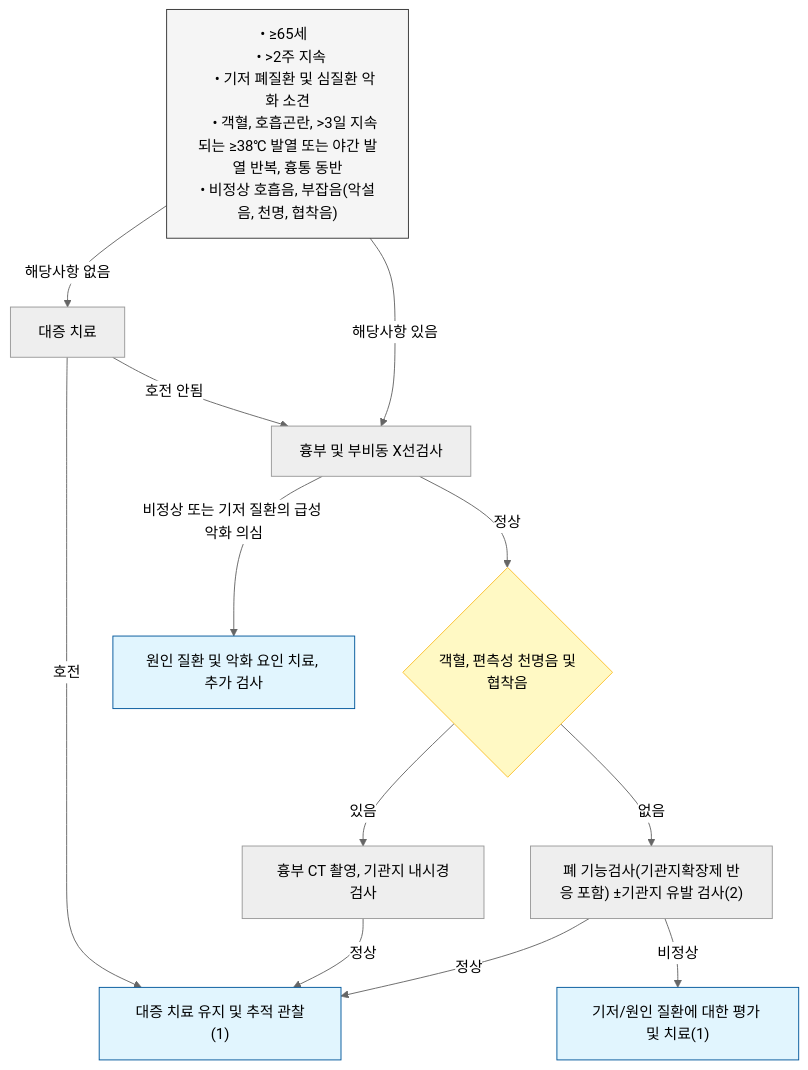
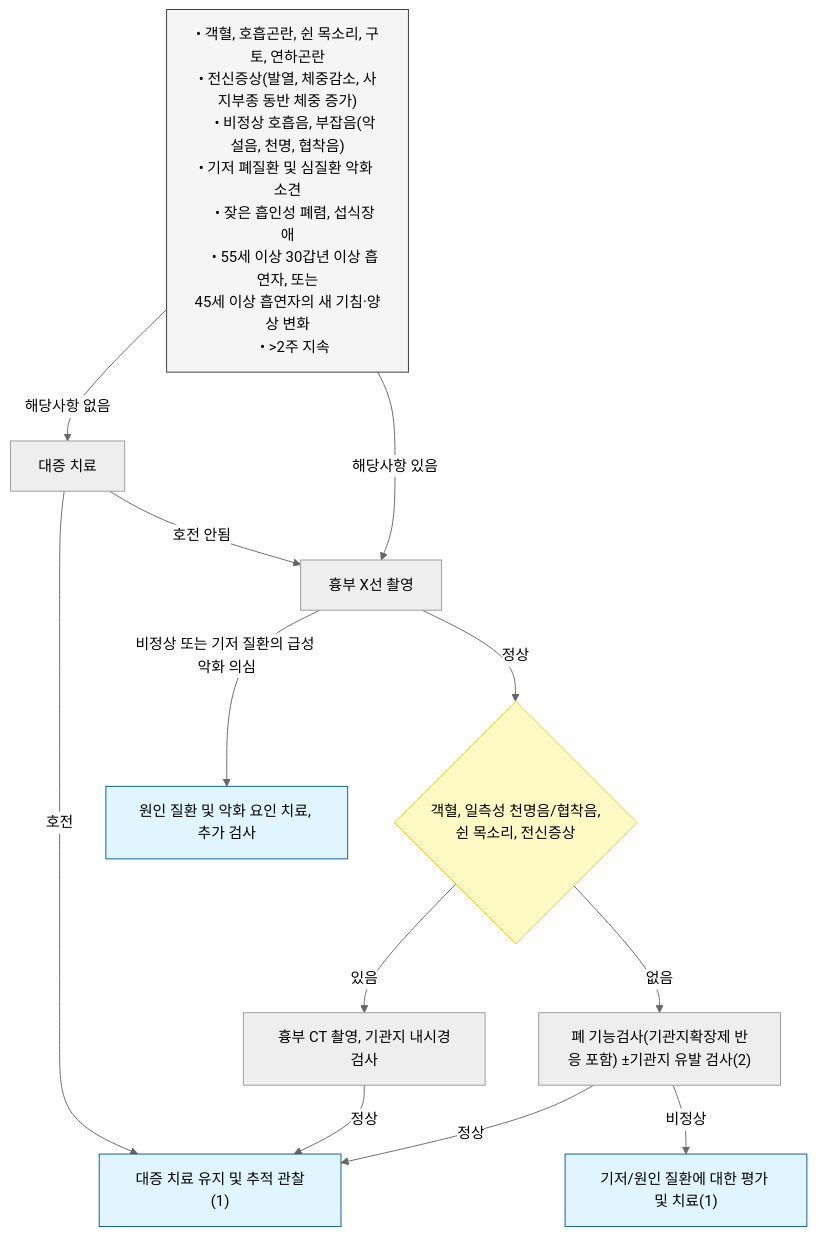
The first of 4 diagrams in 220_/006_-cough.md (familyoh77/familyoh77), drawn with Mermaid (neutral theme) before and after one commit. The commit also changed other lines of this file, not shown here.

````diff
--- a/220_/006_-cough.md
+++ b/220_/006_-cough.md
@@ -160,32 +170,33 @@
 ```mermaid
 graph TD
     %% 텍스트 양옆에 &emsp;를 추가하여 가로 길이를 강제로 늘립니다.
-    Start["• ≥65세  
-    • >2주 지속  
-    • 기저 폐질환 및 심질환 악화 소견
-    • 객혈, 호흡곤란, >3일 지속되는 ≥38℃ 발열 또는 야간 발열 반복, 흉통 동반<br/>• 비정상 호흡음, 부잡음(악설음, 천명, 협착음)"]
+    Start["• 객혈, 호흡곤란, 쉰 목소리, 구토, 연하곤란<br/>• 전신증상(발열, 체중감소, 사지부종 동반 체중 증가)
+    • 비정상 호흡음, 부잡음(악설음, 천명, 협착음)<br/>• 기저 폐질환 및 심질환 악화 소견
+    • 잦은 흡인성 폐렴, 섭식장애
+    • 55세 이상 30갑년 이상 흡연자, 또는<br/>45세 이상 흡연자의 새 기침·양상 변화
+    • >2주 지속"]
 
     Start -- "해당사항 없음" --> Symptomatic["대증 치료"]
     Symptomatic -- "호전" --> Maintain["대증 치료 유지 및 추적 관찰(1)"]
     Symptomatic -- "호전 안됨" --> Xray
     
-    Start -- "해당사항 있음" --> Xray["흉부 및 부비동 X선검사"]
+    Start -- "해당사항 있음" --> Xray["흉부 X선 촬영"]
 
-    Xray -- "정상" --> RedFlags{"객혈, 편측성 천명음 및 <br/>협착음"}
+    Xray -- "정상" --> RedFlags{"객혈, 일측성 천명음/협착음,<br/>쉰 목소리, 전신증상"}
     Xray -- "비정상 또는 기저 질환의 급성 악화 의심" --> TreatCause["원인 질환 및 악화 요인 치료, 추가 검사"]
 
     RedFlags -- "있음" --> CT["흉부 CT 촬영, 기관지 내시경검사"]
     RedFlags -- "없음" --> PFT["폐 기능검사(기관지확장제 반응 포함) ±기관지 유발 검사(2)"]
 
     CT -- "정상" --> Maintain
     PFT -- "정상" --> Maintain
     PFT -- "비정상" --> TreatBase["기저/원인 질환에 대한 평가 및 치료(1)"]
 
     style Start fill:#f5f5f5,stroke:#333
     style Maintain fill:#e1f5fe,stroke:#01579b
     style TreatCause fill:#e1f5fe,stroke:#01579b
     style TreatBase fill:#e1f5fe,stroke:#01579b
     style RedFlags fill:#fff9c4,stroke:#fbc02d
 
     
 ```
````
